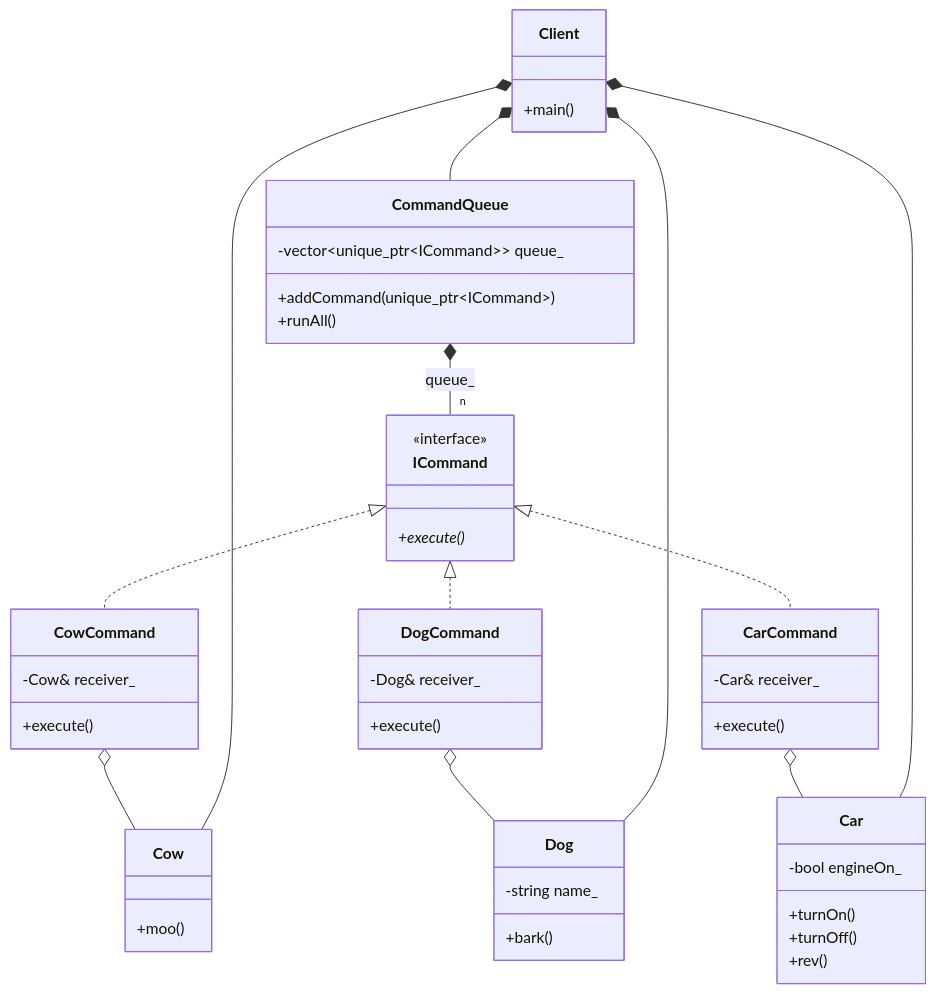
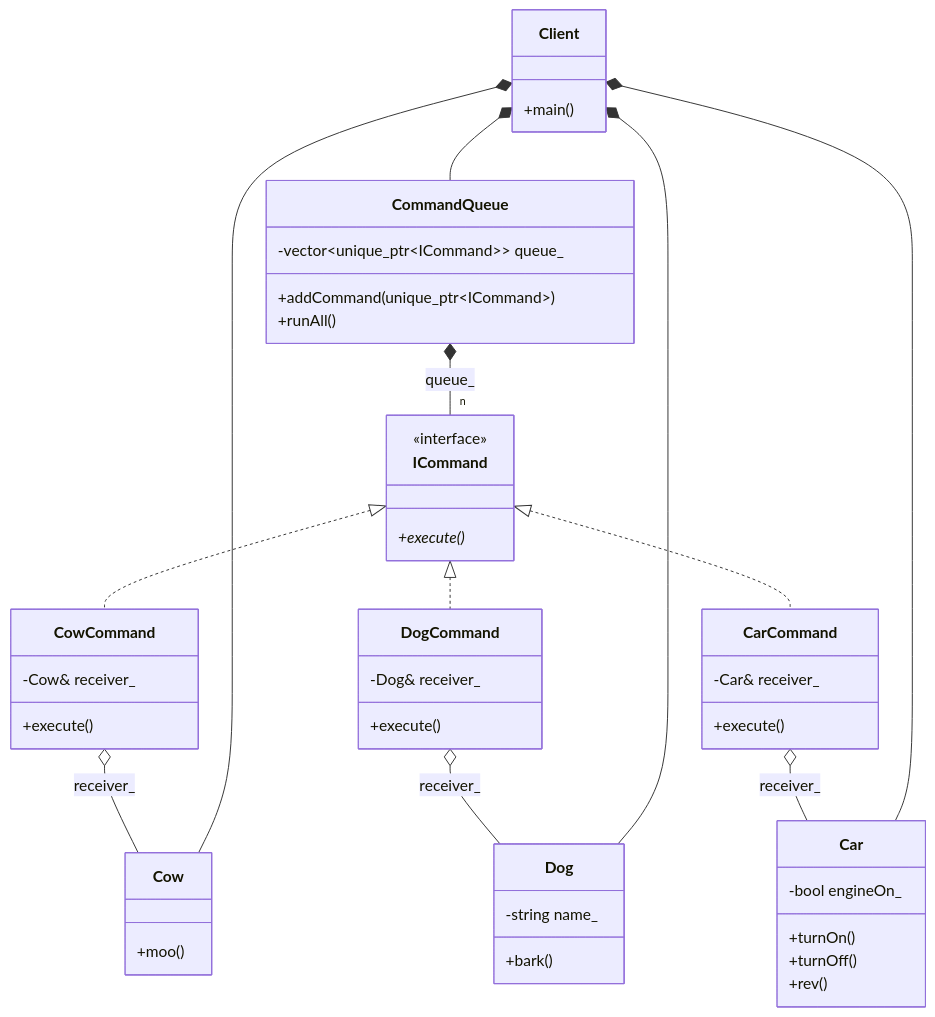
The diagram in 19_Command/01_Command_GoF/README.md (Cichlidfishexigency721/Modern-CPP-Design-Patterns), drawn with Mermaid before and after one commit. The commit also changed 2 other files, not shown here.

Commit message:
UML improvement

````diff
--- a/19_Command/01_Command_GoF/README.md
+++ b/19_Command/01_Command_GoF/README.md
@@ -22,70 +22,70 @@
 ```mermaid
 classDiagram
    class ICommand {
       <<interface>>
       +execute()*
    }
 
    class CowCommand {
       -Cow& receiver_
       +execute()
    }
 
    class DogCommand {
       -Dog& receiver_
       +execute()
    }
 
    class CarCommand {
       -Car& receiver_
       +execute()
    }
 
    class Cow {
       +moo()
    }
 
    class Dog {
       -string name_
       +bark()
    }
 
    class Car {
       -bool engineOn_
       +turnOn()
       +turnOff()
       +rev()
    }
 
    class CommandQueue {
       -vector~unique_ptr~ICommand~~ queue_
       +addCommand(unique_ptr~ICommand~)
       +runAll()
    }
 
    class Client {
       +main()
    }
 
    %% Inheritance (Implements)
    ICommand <|.. CowCommand
    ICommand <|.. DogCommand
    ICommand <|.. CarCommand
 
    %% The CommandQueue owns the commands
    %% Composition (Has_a) - Multiplicity "n" at the end
    CommandQueue *-- "n" ICommand : queue_
 
    %% Commands depend on their Receivers to do the work
-   CowCommand o-- Cow
-   DogCommand o-- Dog
-   CarCommand o-- Car
+   CowCommand o-- Cow : receiver_
+   DogCommand o-- Dog : receiver_
+   CarCommand o-- Car : receiver_
 
    %% Client orchestrates everything
    Client *-- CommandQueue
 
    %% Client is the owner of the Receivers
    Client *-- Cow
    Client *-- Dog
    Client *-- Car
 ```
````
